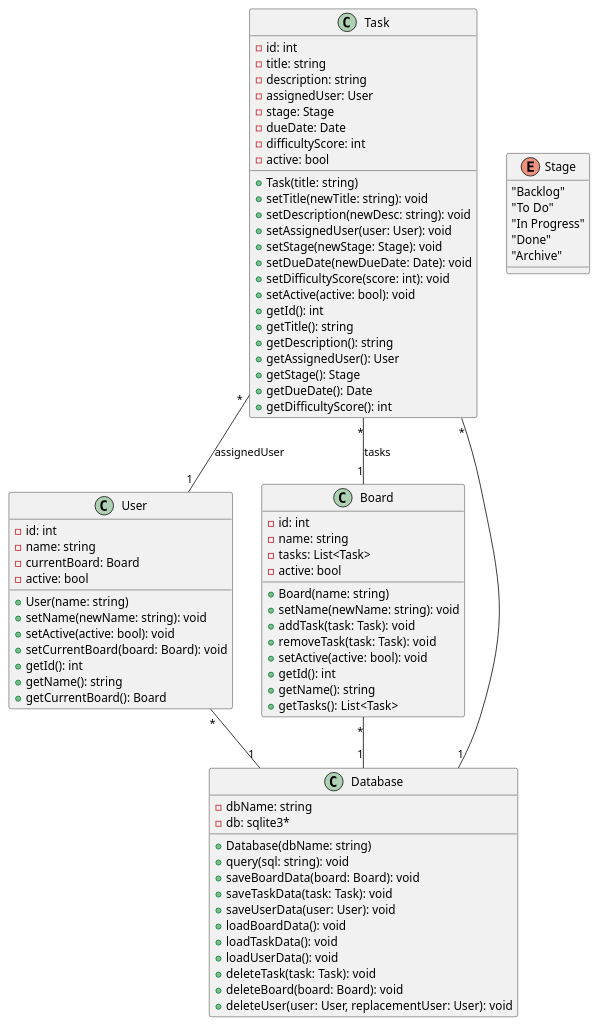
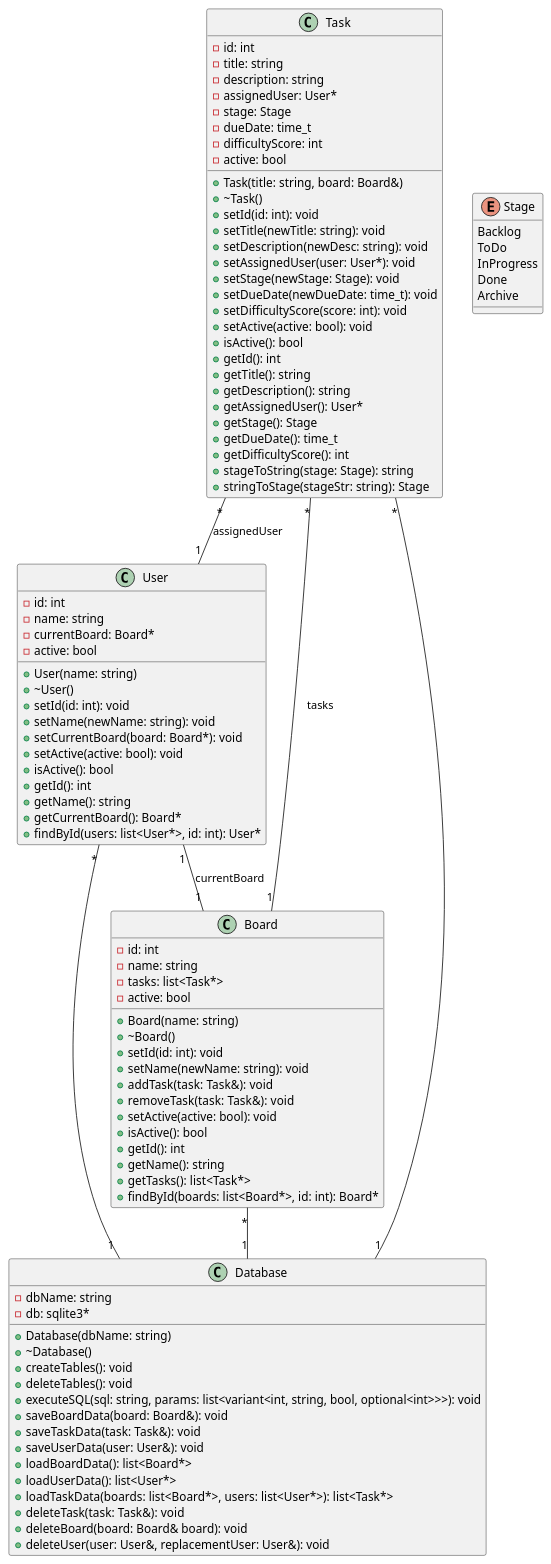
One commit to travisformayor/cli_kanban changed the diagram in diagrams/classUML.puml. Above: the diagram before and after it, drawn with PlantUML.

Commit message:
updated class uml

```diff
--- a/diagrams/classUML.puml
+++ b/diagrams/classUML.puml
@@ -1,88 +1,105 @@
 @startuml classUML
 
 Task "*" -- "1" User : assignedUser
 Task "*" -- "1" Board : tasks
 Task "*" -- "1" Database
 Board "*" -- "1" Database
 User "*" -- "1" Database
+User "1" -- "1" Board : currentBoard
 
 class Task {
   -id: int
   -title: string
   -description: string
-  -assignedUser: User
+  -assignedUser: User*
   -stage: Stage
-  -dueDate: Date
+  -dueDate: time_t
   -difficultyScore: int
   -active: bool
-  +Task(title: string)
+  +Task(title: string, board: Board&)
+  +~Task()
+  +setId(id: int): void
   +setTitle(newTitle: string): void
   +setDescription(newDesc: string): void
-  +setAssignedUser(user: User): void
+  +setAssignedUser(user: User*): void
   +setStage(newStage: Stage): void
-  +setDueDate(newDueDate: Date): void
+  +setDueDate(newDueDate: time_t): void
   +setDifficultyScore(score: int): void
   +setActive(active: bool): void
+  +isActive(): bool
   +getId(): int
   +getTitle(): string
   +getDescription(): string
-  +getAssignedUser(): User
+  +getAssignedUser(): User*
   +getStage(): Stage
-  +getDueDate(): Date
+  +getDueDate(): time_t
   +getDifficultyScore(): int
+  +stageToString(stage: Stage): string
+  +stringToStage(stageStr: string): Stage
 }
 
 enum Stage {
-  "Backlog"
-  "To Do"
-  "In Progress"
-  "Done"
-  "Archive"
+  Backlog
+  ToDo
+  InProgress
+  Done
+  Archive
 }
 
 class User {
   -id: int
   -name: string
-  -currentBoard: Board
+  -currentBoard: Board*
   -active: bool
   +User(name: string)
+  +~User()
+  +setId(id: int): void
   +setName(newName: string): void
+  +setCurrentBoard(board: Board*): void
   +setActive(active: bool): void
-  +setCurrentBoard(board: Board): void
+  +isActive(): bool
   +getId(): int
   +getName(): string
-  +getCurrentBoard(): Board
+  +getCurrentBoard(): Board*
+  +findById(users: list<User*>, id: int): User*
 }
 
 class Board {
   -id: int
   -name: string
-  -tasks: List<Task>
+  -tasks: list<Task*>
   -active: bool
   +Board(name: string)
+  +~Board()
+  +setId(id: int): void
   +setName(newName: string): void
-  +addTask(task: Task): void
-  +removeTask(task: Task): void
+  +addTask(task: Task&): void
+  +removeTask(task: Task&): void
   +setActive(active: bool): void
+  +isActive(): bool
   +getId(): int
   +getName(): string
-  +getTasks(): List<Task>
+  +getTasks(): list<Task*>
+  +findById(boards: list<Board*>, id: int): Board*
 }
 
 class Database {
   -dbName: string
   -db: sqlite3*
   +Database(dbName: string)
-  +query(sql: string): void
-  +saveBoardData(board: Board): void
-  +saveTaskData(task: Task): void
-  +saveUserData(user: User): void
-  +loadBoardData(): void
-  +loadTaskData(): void
-  +loadUserData(): void
-  +deleteTask(task: Task): void
-  +deleteBoard(board: Board): void
-  +deleteUser(user: User, replacementUser: User): void
+  +~Database()
+  +createTables(): void
+  +deleteTables(): void
+  +executeSQL(sql: string, params: list<variant<int, string, bool, optional<int>>>): void
+  +saveBoardData(board: Board&): void
+  +saveTaskData(task: Task&): void
+  +saveUserData(user: User&): void
+  +loadBoardData(): list<Board*>
+  +loadUserData(): list<User*>
+  +loadTaskData(boards: list<Board*>, users: list<User*>): list<Task*>
+  +deleteTask(task: Task&): void
+  +deleteBoard(board: Board& board): void
+  +deleteUser(user: User&, replacementUser: User&): void
 }
 
 @enduml
```
